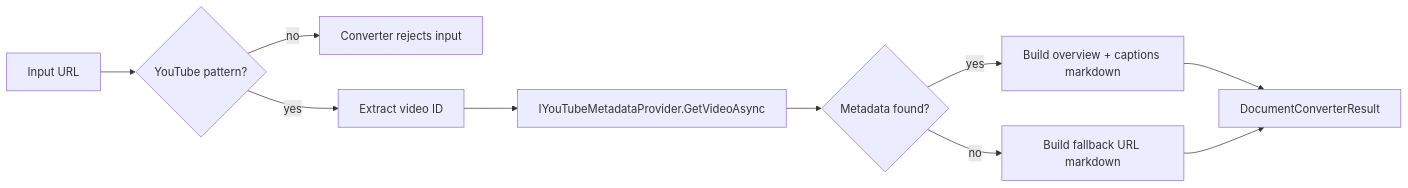
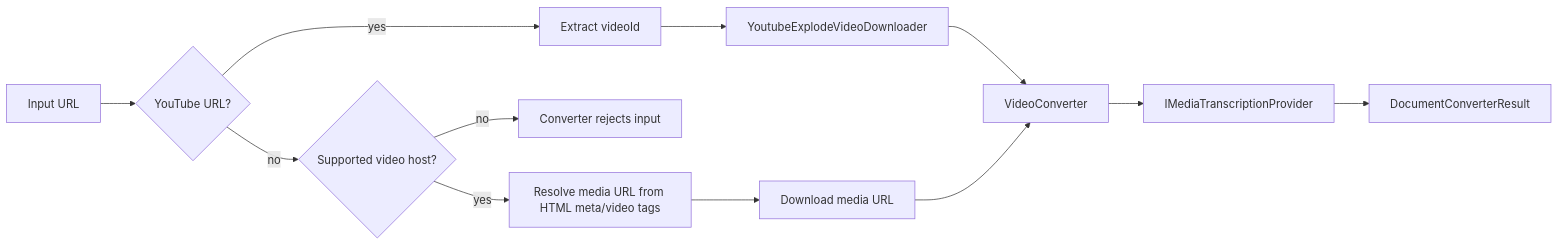
The diagram in docs/Features/youtube-url-metadata-conversion.md (managedcode/markitdown), drawn with Mermaid before and after one commit. The commit also changed other lines of this file and 37 other files, not shown here.

````diff
--- a/docs/Features/youtube-url-metadata-conversion.md
+++ b/docs/Features/youtube-url-metadata-conversion.md
@@ -101,12 +111,14 @@
 ```mermaid
 flowchart LR
-  A["Input URL"] --> B{"YouTube pattern?"}
-  B -- no --> C["Converter rejects input"]
-  B -- yes --> D["Extract video ID"]
-  D --> E["IYouTubeMetadataProvider.GetVideoAsync"]
-  E --> F{"Metadata found?"}
-  F -- yes --> G["Build overview + captions markdown"]
-  F -- no --> H["Build fallback URL markdown"]
-  G --> I["DocumentConverterResult"]
+  A["Input URL"] --> B{"YouTube URL?"}
+  B -- "yes" --> C["Extract videoId"]
+  C --> D["YoutubeExplodeVideoDownloader"]
+  B -- "no" --> E{"Supported video host?"}
+  E -- "no" --> F["Converter rejects input"]
+  E -- "yes" --> G["Resolve media URL from HTML meta/video tags"]
+  G --> H["Download media URL"]
+  D --> I["VideoConverter"]
   H --> I
+  I --> J["IMediaTranscriptionProvider"]
+  J --> K["DocumentConverterResult"]
 ```
````
